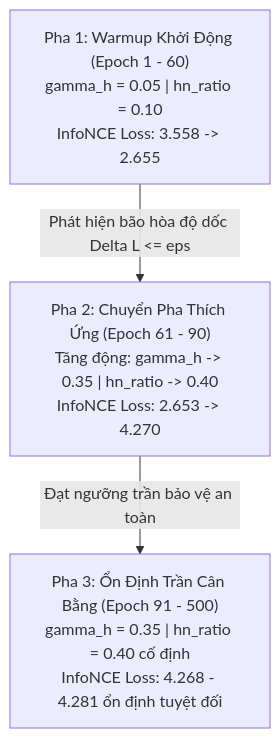
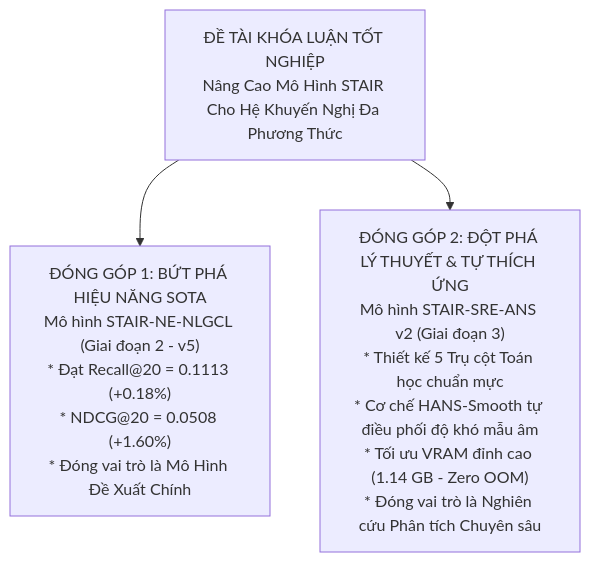
The diagram in docs/giai_doan_3/STAIR3_v2_Experiment_Report.md (ThanhChuong12/STAIR-Enhanced), drawn with Mermaid before and after one commit. The commit also changed other lines of this file and 2 other files, not shown here.

````diff
--- a/docs/giai_doan_3/STAIR3_v2_Experiment_Report.md
+++ b/docs/giai_doan_3/STAIR3_v2_Experiment_Report.md
@@ -68,5 +166,5 @@
 ```mermaid
 graph TD
-    A["Pha 1: Warmup Khởi Động (Epoch 1 - 60)<br/>gamma_h = 0.05 | hn_ratio = 0.10<br/>InfoNCE Loss: 3.558 -> 2.655"] -->|Phát hiện bão hòa độ dốc Delta L <= eps| B["Pha 2: Chuyển Pha Thích Ứng (Epoch 61 - 90)<br/>Tăng động: gamma_h -> 0.35 | hn_ratio -> 0.40<br/>InfoNCE Loss: 2.653 -> 4.270"]
-    B -->|Đạt ngưỡng trần bảo vệ an toàn| C["Pha 3: Ổn Định Trần Cân Bằng (Epoch 91 - 500)<br/>gamma_h = 0.35 | hn_ratio = 0.40 cố định<br/>InfoNCE Loss: 4.268 - 4.281 ổn định tuyệt đối"]
+    A["ĐỀ TÀI KHÓA LUẬN TỐT NGHIỆP<br/>Nâng Cao Mô Hình STAIR Cho Hệ Khuyến Nghị Đa Phương Thức"] --> B["ĐÓNG GÓP 1: BỨT PHÁ HIỆU NĂNG SOTA<br/>Mô hình STAIR-NE-NLGCL (Giai đoạn 2 - v5)<br/>* Đạt Recall@20 = 0.1113 (+0.18%)<br/>* NDCG@20 = 0.0508 (+1.60%)<br/>* Đóng vai trò là Mô Hình Đề Xuất Chính"]
+    A --> C["ĐÓNG GÓP 2: ĐỘT PHÁ LÝ THUYẾT & TỰ THÍCH ỨNG<br/>Mô hình STAIR-SRE-ANS v2 (Giai đoạn 3)<br/>* Thiết kế 5 Trụ cột Toán học chuẩn mực<br/>* Cơ chế HANS-Smooth tự điều phối độ khó mẫu âm<br/>* Tối ưu VRAM đỉnh cao (1.14 GB - Zero OOM)<br/>* Đóng vai trò là Nghiên cứu Phân tích Chuyên sâu"]
 ```
````
